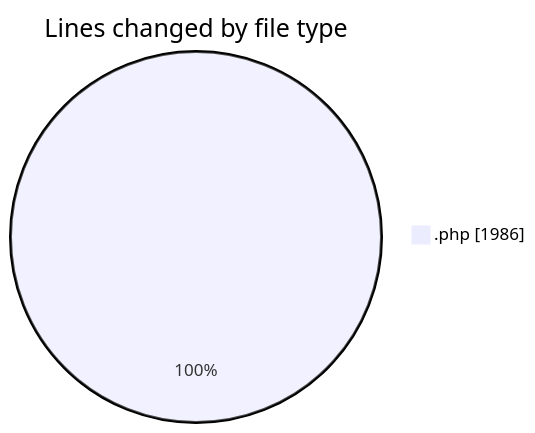
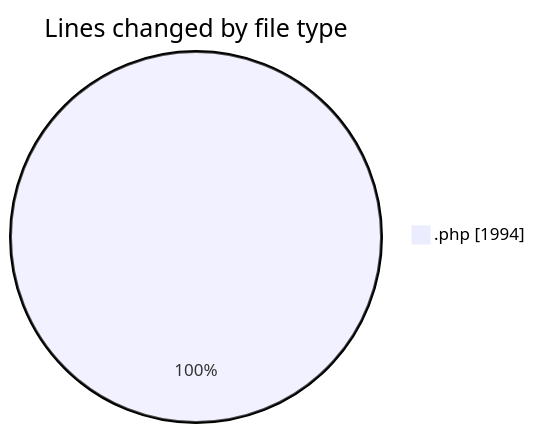
One commit to debugP/code-tracking changed the first of 2 diagrams in 2025-10-02/untitled__workspace_/README.md. Above: the diagram before and after it, drawn with Mermaid. The commit also changed other lines of this file and 1 other file, not shown here.

````diff
--- a/2025-10-02/untitled__workspace_/README.md
+++ b/2025-10-02/untitled__workspace_/README.md
@@ -21,5 +21,5 @@
 ```mermaid
 pie showData
 title Lines changed by file type
-".php" : 1986
+".php" : 1994
 ```
````
